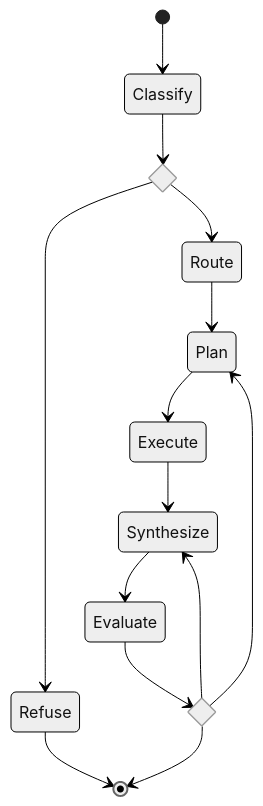
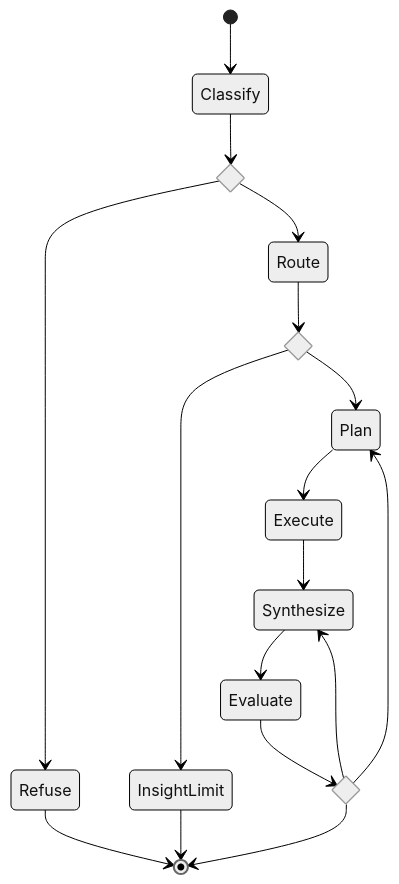
Before and after one commit to ukceh-rse/serka: the diagram in README.md, drawn with Mermaid (neutral theme). The commit also changed other lines of this file and 37 other files, not shown here.

````diff
--- a/README.md
+++ b/README.md
@@ -49,26 +49,31 @@
 ```mermaid
 stateDiagram-v2
   Classify
   state decision <<choice>>
   Refuse
   Route
+  state route_decision <<choice>>
+  InsightLimit
   Plan
   Execute
   Synthesize
   Evaluate
   state decision_2 <<choice>>
 
   [*] --> Classify
   Classify --> decision
   decision --> Refuse
   decision --> Route
   Refuse --> [*]
-  Route --> Plan
+  Route --> route_decision
+  route_decision --> InsightLimit
+  route_decision --> Plan
+  InsightLimit --> [*]
   Plan --> Execute
   Execute --> Synthesize
   Synthesize --> Evaluate
   Evaluate --> decision_2
   decision_2 --> Plan
   decision_2 --> [*]
   decision_2 --> Synthesize
 ```
````
